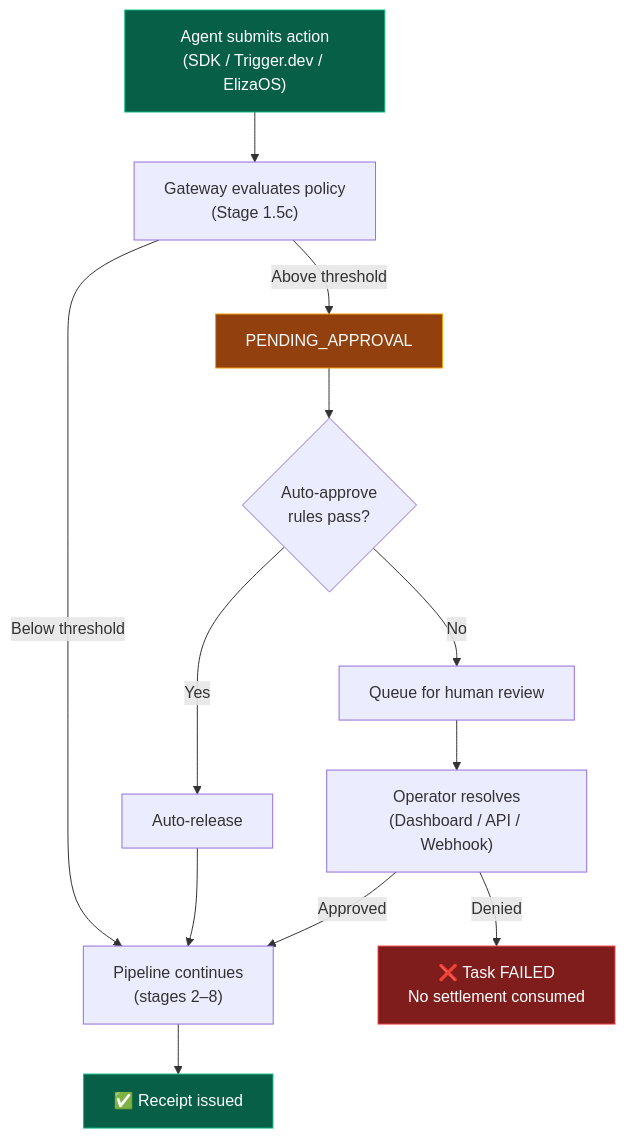
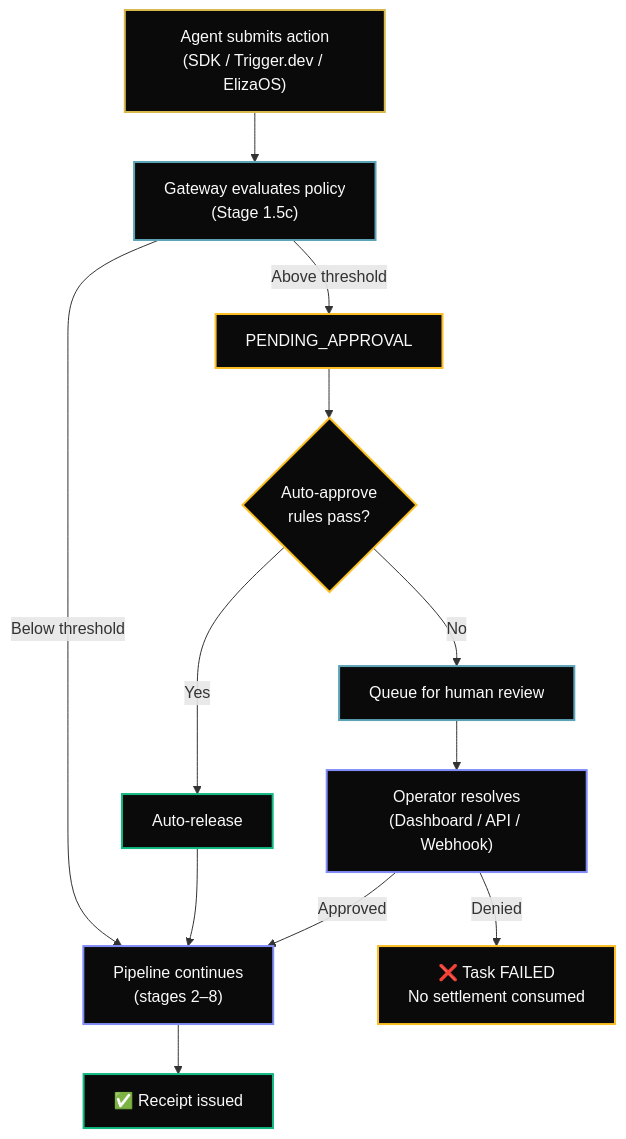
One commit to humbleaf/docs changed the diagram in agentchain/approval-queue.mdx. Above: the diagram before and after it, drawn with Mermaid. The commit also changed 6 other files, not shown here.

````diff
--- a/agentchain/approval-queue.mdx
+++ b/agentchain/approval-queue.mdx
@@ -14,19 +14,25 @@
 ```mermaid
 flowchart TD
     A["Agent submits action<br/>(SDK / Trigger.dev / ElizaOS)"] --> B["Gateway evaluates policy<br/>(Stage 1.5c)"]
     B -->|Below threshold| C["Pipeline continues<br/>(stages 2–8)"]
     C --> D["✅ Receipt issued"]
     B -->|Above threshold| E["PENDING_APPROVAL"]
     E --> F{"Auto-approve<br/>rules pass?"}
     F -->|Yes| G["Auto-release"]
     G --> C
     F -->|No| H["Queue for human review"]
     H --> I["Operator resolves<br/>(Dashboard / API / Webhook)"]
     I -->|Approved| C
     I -->|Denied| J["❌ Task FAILED<br/>No settlement consumed"]
 
-    style A fill:#065f46,stroke:#10b981,color:#fff
-    style D fill:#065f46,stroke:#10b981,color:#fff
-    style E fill:#92400e,stroke:#f59e0b,color:#fff
-    style J fill:#7f1d1d,stroke:#ef4444,color:#fff
+    style A fill:#0a0a0b,stroke:#d7b94d,stroke-width:2px,color:#fafafa
+    style B fill:#0a0a0b,stroke:#5ba3b5,stroke-width:2px,color:#fafafa
+    style C fill:#0a0a0b,stroke:#818cf8,stroke-width:2px,color:#fafafa
+    style D fill:#0a0a0b,stroke:#10B981,stroke-width:2px,color:#fafafa
+    style E fill:#0a0a0b,stroke:#fbbf24,stroke-width:2px,color:#fafafa
+    style F fill:#0a0a0b,stroke:#fbbf24,stroke-width:2px,color:#fafafa
+    style G fill:#0a0a0b,stroke:#10B981,stroke-width:2px,color:#fafafa
+    style H fill:#0a0a0b,stroke:#5ba3b5,stroke-width:2px,color:#fafafa
+    style I fill:#0a0a0b,stroke:#818cf8,stroke-width:2px,color:#fafafa
+    style J fill:#0a0a0b,stroke:#fbbf24,stroke-width:2px,color:#fafafa
 ```
````
